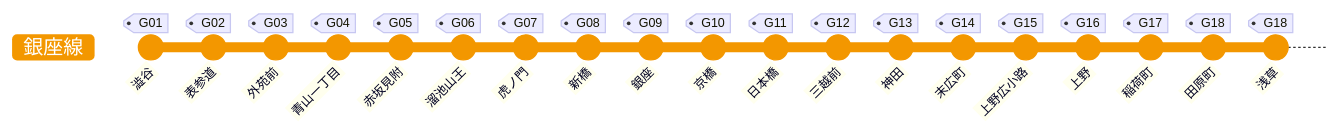
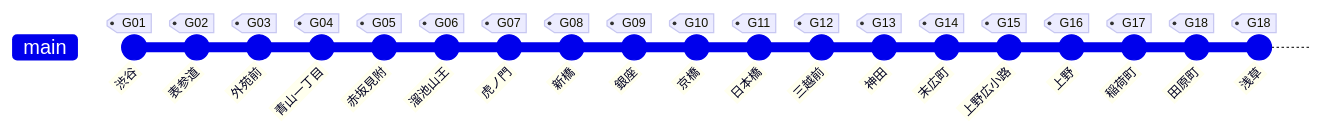
One commit to k-haruaki/tokyo-metro changed the diagram in 01_GinzaLine.md. Above: the diagram before and after it, drawn with Mermaid.

Commit message:
澁谷になっていたので変更

````diff
--- a/01_GinzaLine.md
+++ b/01_GinzaLine.md
@@ -1,23 +1,22 @@
 ```mermaid
-%%{ init: { 'themeVariables': { 'git0': '#f39700' },'gitGraph':{'mainBranchName': '銀座線'} } }%%
 gitGraph
-    commit id: "澁谷" tag: "G01"
+    commit id: "渋谷" tag: "G01"
     commit id: "表参道" tag: "G02"
     commit id: "外苑前" tag: "G03"
     commit id: "青山一丁目" tag: "G04"
     commit id: "赤坂見附" tag: "G05"
     commit id: "溜池山王" tag: "G06"
     commit id: "虎ノ門" tag: "G07"
     commit id: "新橋" tag: "G08"
     commit id: "銀座" tag: "G09"
     commit id: "京橋" tag: "G10"
     commit id: "日本橋" tag: "G11"
     commit id: "三越前" tag: "G12"
     commit id: "神田" tag: "G13"
     commit id: "末広町" tag: "G14"
     commit id: "上野広小路" tag: "G15"
     commit id: "上野" tag: "G16"
     commit id: "稲荷町" tag: "G17"
     commit id: "田原町" tag: "G18"
     commit id: "浅草" tag: "G18"
 ```
````
